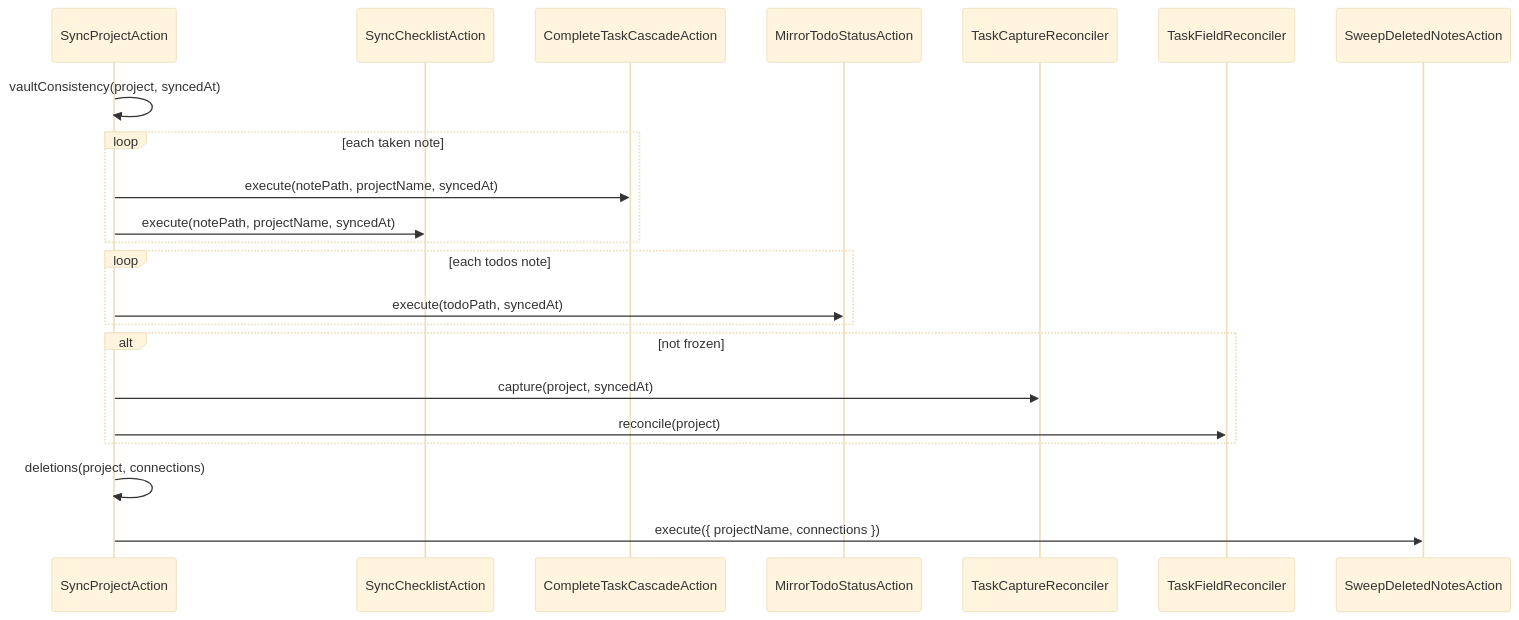
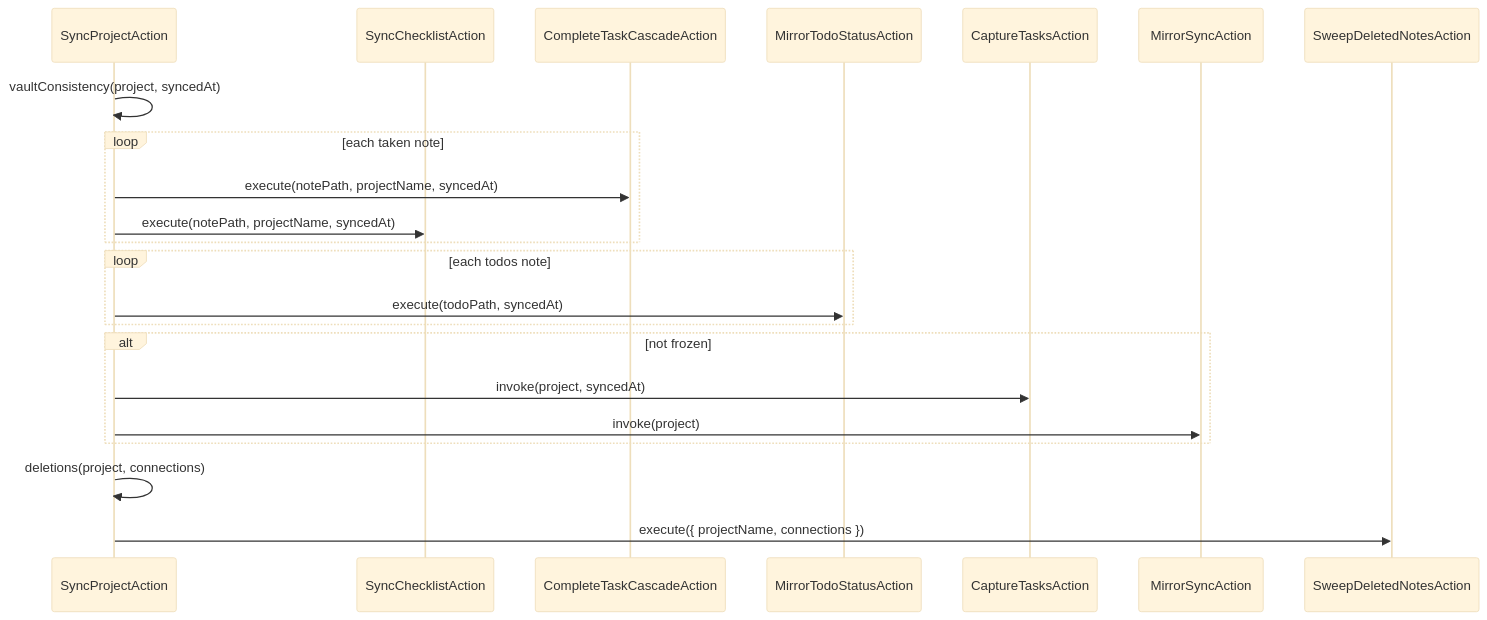
The third of 17 diagrams in docs/developer-manual.md (99linesofcode/obsidian-project-management), drawn with Mermaid (base theme) before and after one commit. The commit also changed other lines of this file and 31 other files, not shown here.

````diff
--- a/docs/developer-manual.md
+++ b/docs/developer-manual.md
@@ -230,25 +228,25 @@
 ```mermaid
 sequenceDiagram
   participant SP as SyncProjectAction
   participant Chk as SyncChecklistAction
   participant Cas as CompleteTaskCascadeAction
   participant Mir as MirrorTodoStatusAction
-  participant TC as TaskCaptureReconciler
-  participant TF as TaskFieldReconciler
+  participant TC as CaptureTasksAction
+  participant TF as MirrorSyncAction
   participant Sweep as SweepDeletedNotesAction
 
   SP->>SP: vaultConsistency(project, syncedAt)
   loop each taken note
     SP->>Cas: execute(notePath, projectName, syncedAt)
     SP->>Chk: execute(notePath, projectName, syncedAt)
   end
   loop each todos note
     SP->>Mir: execute(todoPath, syncedAt)
   end
   alt not frozen
-    SP->>TC: capture(project, syncedAt)
-    SP->>TF: reconcile(project)
+    SP->>TC: invoke(project, syncedAt)
+    SP->>TF: invoke(project)
   end
   SP->>SP: deletions(project, connections)
   SP->>Sweep: execute({ projectName, connections })
 ```
````
